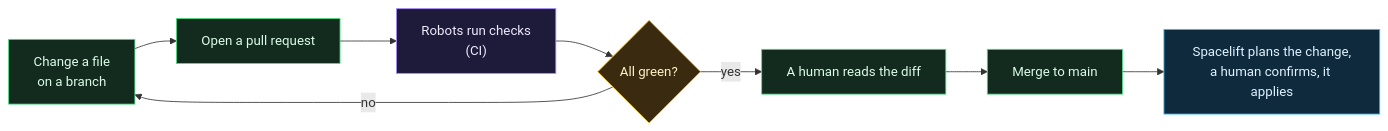
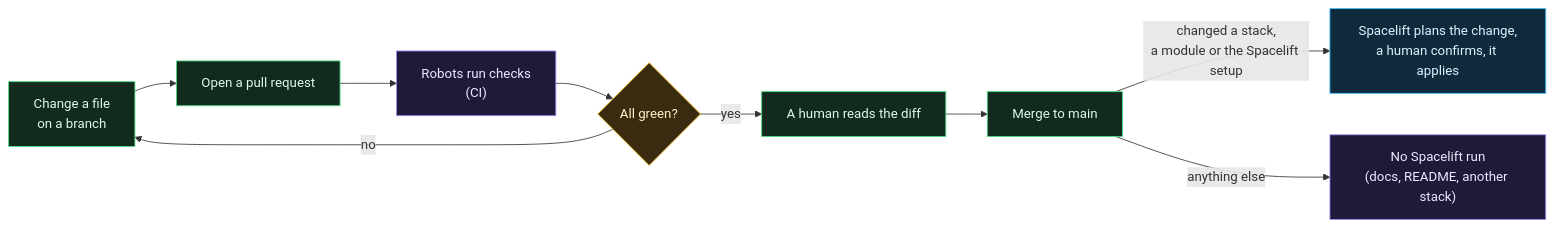
Before and after one commit to ChiefGyk3D/Clouds-Against-Humanity: the diagram in docs/wiki/Git-GitHub-and-Pull-Requests.md, drawn with Mermaid. The commit also changed 11 other files, not shown here.

````diff
--- a/docs/wiki/Git-GitHub-and-Pull-Requests.md
+++ b/docs/wiki/Git-GitHub-and-Pull-Requests.md
@@ -23,18 +23,21 @@
 ```mermaid
 flowchart LR
     idea["Change a file<br/>on a branch"]:::you
     pr["Open a pull request"]:::you
     ci["Robots run checks<br/>(CI)"]:::ctrl
     green{"All green?"}:::warn
     review["A human reads the diff"]:::you
     merge["Merge to main"]:::you
     sl["Spacelift plans the change,<br/>a human confirms, it applies"]:::cloud
+    none["No Spacelift run<br/>(docs, README, another stack)"]:::ctrl
     idea --> pr --> ci --> green
     green -- "no" --> idea
-    green -- "yes" --> review --> merge --> sl
+    green -- "yes" --> review --> merge
+    merge -- "changed a stack,<br/>a module or the Spacelift setup" --> sl
+    merge -- "anything else" --> none
 
     classDef you fill:#132a1f,stroke:#4ade80,color:#dcfce7
     classDef ctrl fill:#1e1b3a,stroke:#a78bfa,color:#ede9fe
     classDef cloud fill:#0f2a3d,stroke:#38bdf8,color:#e0f2fe
     classDef warn fill:#3a2a0f,stroke:#fbbf24,color:#fef3c7
 ```
````
